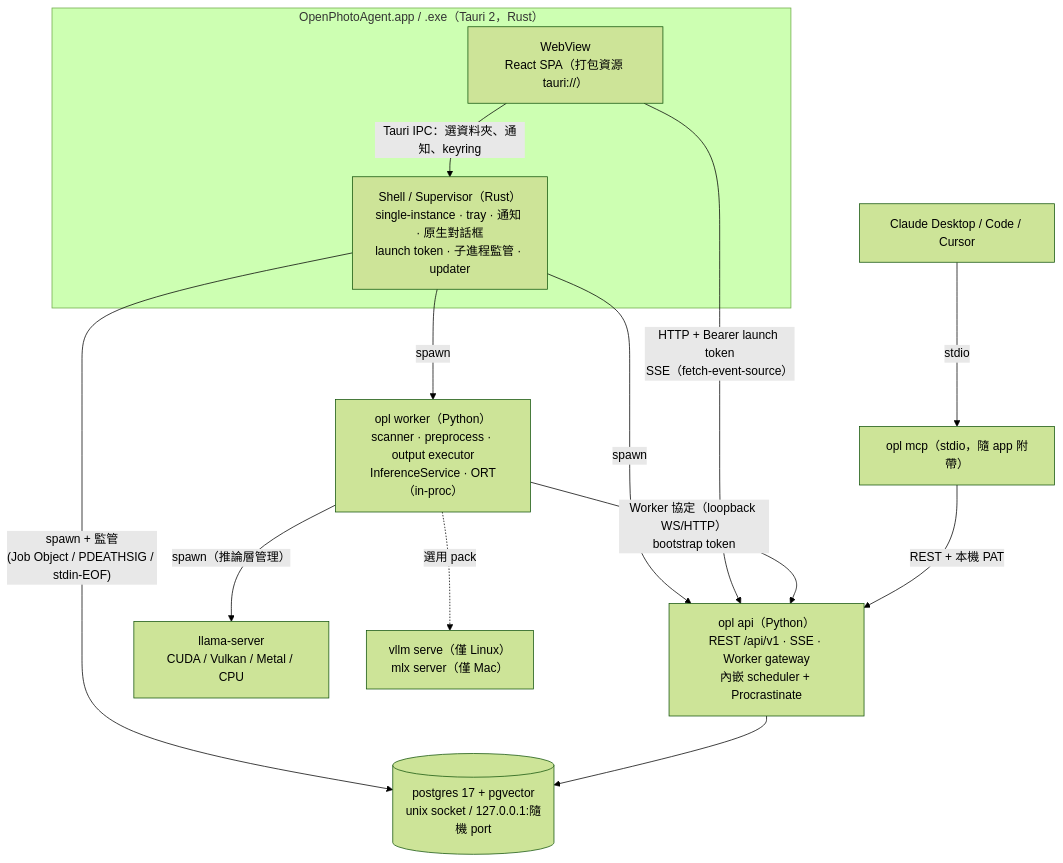
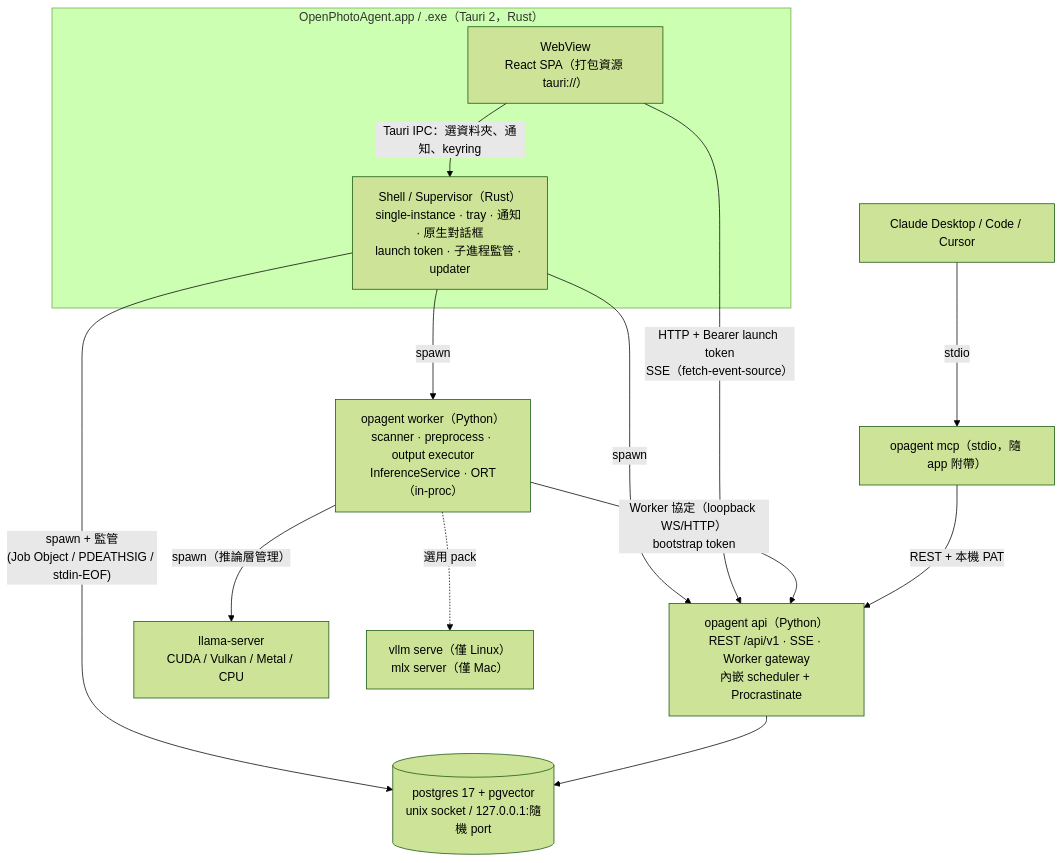
Before and after one commit to romanticamaj/openphotoagent: the first of 2 diagrams in docs/08-desktop-packaging-and-final-review.md, drawn with Mermaid (forest theme). The commit also changed other lines of this file and 13 other files, not shown here.

First line of the commit message:
docs: feature coverage review; reconcile specs, roadmap, CLI name opagent

````diff
--- a/docs/08-desktop-packaging-and-final-review.md
+++ b/docs/08-desktop-packaging-and-final-review.md
@@ -36,18 +36,18 @@
 ```mermaid
 flowchart TB
   subgraph App["OpenPhotoAgent.app / .exe（Tauri 2，Rust）"]
     UI["WebView<br/>React SPA（打包資源 tauri://）"]
     SH["Shell / Supervisor（Rust）<br/>single-instance · tray · 通知 · 原生對話框<br/>launch token · 子進程監管 · updater"]
   end
   SH -- "spawn + 監管<br/>(Job Object / PDEATHSIG / stdin-EOF)" --> PG[("postgres 17 + pgvector<br/>unix socket / 127.0.0.1:隨機 port")]
-  SH -- spawn --> API["opl api（Python）<br/>REST /api/v1 · SSE · Worker gateway<br/>內嵌 scheduler + Procrastinate"]
-  SH -- spawn --> WK["opl worker（Python）<br/>scanner · preprocess · output executor<br/>InferenceService · ORT（in-proc）"]
+  SH -- spawn --> API["opagent api（Python）<br/>REST /api/v1 · SSE · Worker gateway<br/>內嵌 scheduler + Procrastinate"]
+  SH -- spawn --> WK["opagent worker（Python）<br/>scanner · preprocess · output executor<br/>InferenceService · ORT（in-proc）"]
   WK -- "spawn（推論層管理）" --> LS["llama-server<br/>CUDA / Vulkan / Metal / CPU"]
   WK -. "選用 pack" .-> VL["vllm serve（僅 Linux）<br/>mlx server（僅 Mac）"]
   UI -- "HTTP + Bearer launch token<br/>SSE（fetch-event-source）" --> API
   UI -- "Tauri IPC：選資料夾、通知、keyring" --> SH
   API --> PG
   WK -- "Worker 協定（loopback WS/HTTP）<br/>bootstrap token" --> API
-  CLI["opl mcp（stdio，隨 app 附帶）"] -- "REST + 本機 PAT" --> API
+  CLI["opagent mcp（stdio，隨 app 附帶）"] -- "REST + 本機 PAT" --> API
   CD["Claude Desktop / Code / Cursor"] -- stdio --> CLI
 ```
````
